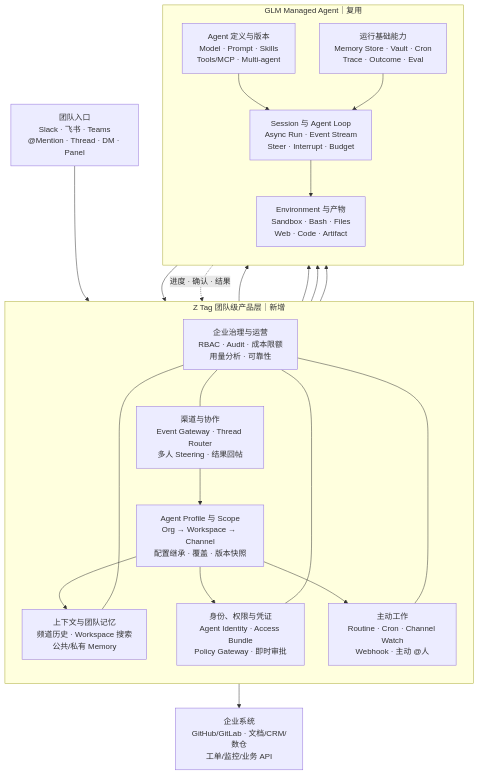
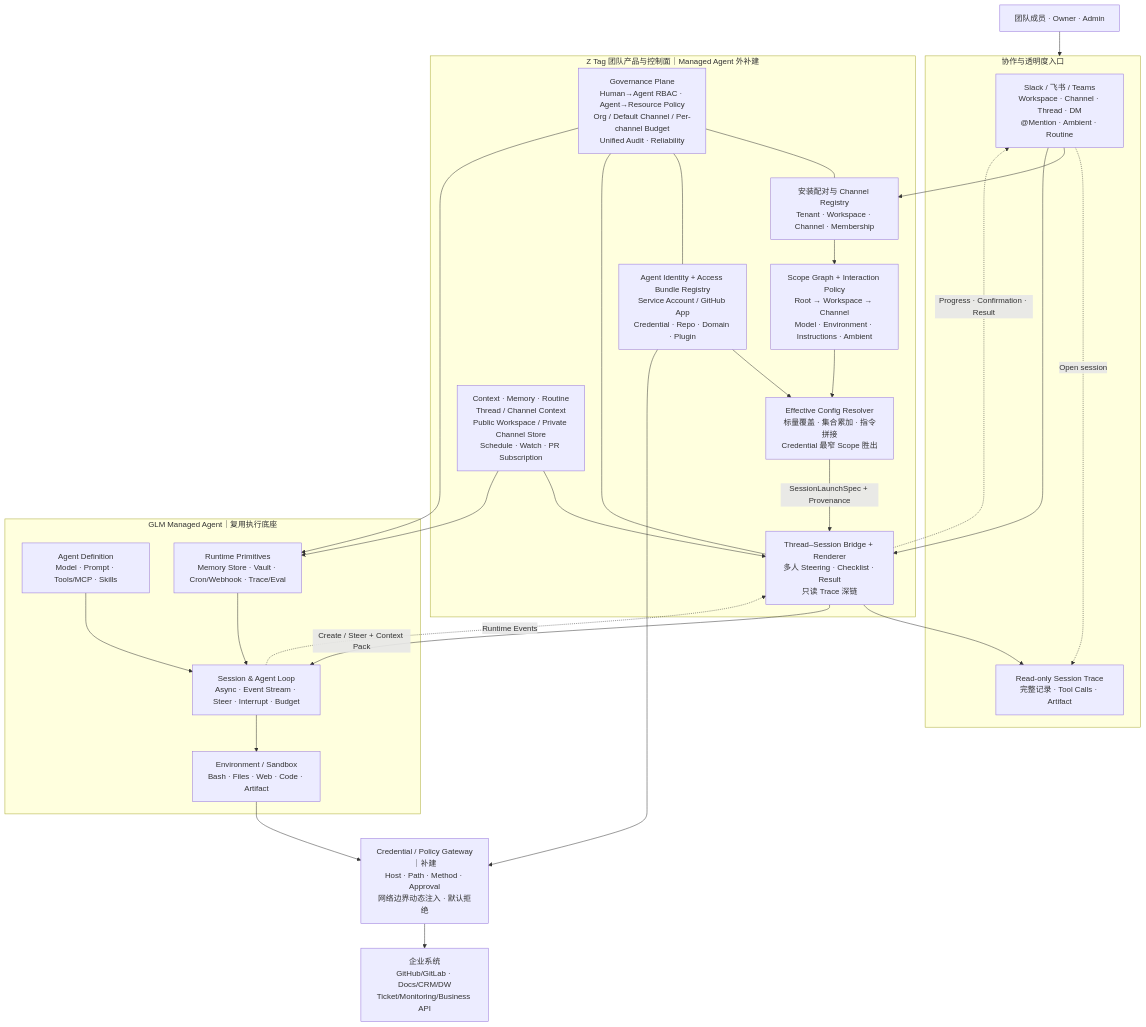
One commit to hongliang-zhang/z-tag-by-managed-agent changed the first of 2 diagrams in docs/glm-z-tag-architecture.md. Above: the diagram before and after it, drawn with Mermaid. The commit also changed other lines of this file, not shown here.

````diff
--- a/docs/glm-z-tag-architecture.md
+++ b/docs/glm-z-tag-architecture.md
@@ -45,42 +76,54 @@
 ```mermaid
 flowchart TB
-    A["团队入口<br/>Slack · 飞书 · Teams<br/>@Mention · Thread · DM · Panel"]
+    U["团队成员 · Owner · Admin"] --> S
 
-    subgraph Z["Z Tag 团队级产品层｜新增"]
-        direction TB
-        Z1["渠道与协作<br/>Event Gateway · Thread Router<br/>多人 Steering · 结果回帖"]
-        Z2["Agent Profile 与 Scope<br/>Org → Workspace → Channel<br/>配置继承 · 覆盖 · 版本快照"]
-        Z3["上下文与团队记忆<br/>频道历史 · Workspace 搜索<br/>公共/私有 Memory"]
-        Z4["身份、权限与凭证<br/>Agent Identity · Access Bundle<br/>Policy Gateway · 即时审批"]
-        Z5["主动工作<br/>Routine · Cron · Channel Watch<br/>Webhook · 主动 @人"]
-        Z6["企业治理与运营<br/>RBAC · Audit · 成本限额<br/>用量分析 · 可靠性"]
+    subgraph S["协作与透明度入口"]
+        C["Slack / 飞书 / Teams<br/>Workspace · Channel · Thread · DM<br/>@Mention · Ambient · Routine"]
+        V["Read-only Session Trace<br/>完整记录 · Tool Calls · Artifact"]
+        C -. "Open session" .-> V
     end
 
-    subgraph M["GLM Managed Agent｜复用"]
-        direction TB
-        M1["Agent 定义与版本<br/>Model · Prompt · Skills<br/>Tools/MCP · Multi-agent"]
-        M2["Session 与 Agent Loop<br/>Async Run · Event Stream<br/>Steer · Interrupt · Budget"]
-        M3["Environment 与产物<br/>Sandbox · Bash · Files<br/>Web · Code · Artifact"]
-        M4["运行基础能力<br/>Memory Store · Vault · Cron<br/>Trace · Outcome · Eval"]
+    subgraph Z["Z Tag 团队产品与控制面｜Managed Agent 外补建"]
+        A["安装配对与 Channel Registry<br/>Tenant · Workspace · Channel · Membership"]
+        B["Scope Graph + Interaction Policy<br/>Root → Workspace → Channel<br/>Model · Environment · Instructions · Ambient"]
+        I["Agent Identity + Access Bundle Registry<br/>Service Account / GitHub App<br/>Credential · Repo · Domain · Plugin"]
+        R["Effective Config Resolver<br/>标量覆盖 · 集合累加 · 指令拼接<br/>Credential 最窄 Scope 胜出"]
+        T["Thread–Session Bridge + Renderer<br/>多人 Steering · Checklist · Result<br/>只读 Trace 深链"]
+        L["Context · Memory · Routine<br/>Thread / Channel Context<br/>Public Workspace / Private Channel Store<br/>Schedule · Watch · PR Subscription"]
+        G["Governance Plane<br/>Human→Agent RBAC · Agent→Resource Policy<br/>Org / Default Channel / Per-channel Budget<br/>Unified Audit · Reliability"]
+
+        A --> B
+        B --> R
+        I --> R
+        R -->|"SessionLaunchSpec + Provenance"| T
+        L --> T
+        G --- A
+        G --- I
+        G --- T
     end
 
-    E["企业系统<br/>GitHub/GitLab · 文档/CRM/数仓<br/>工单/监控/业务 API"]
+    C --> A
+    C --> T
+    T -. "Progress · Confirmation · Result" .-> C
+    T --> V
 
-    A --> Z1
-    Z1 --> Z2
-    Z2 --> Z3
-    Z2 --> Z4
-    Z2 --> Z5
-    Z6 --- Z1
-    Z6 --- Z3
-    Z6 --- Z4
-    Z6 --- Z5
-    Z2 --> M1
-    Z1 --> M2
-    Z3 --> M4
-    Z5 --> M4
-    M1 --> M2 --> M3
-    M4 --> M2
-    M3 --> Z4 --> E
-    M2 -. "进度 · 确认 · 结果" .-> Z1
+    subgraph M["GLM Managed Agent｜复用执行底座"]
+        M1["Agent Definition<br/>Model · Prompt · Tools/MCP · Skills"]
+        M2["Session & Agent Loop<br/>Async · Event Stream · Steer · Interrupt · Budget"]
+        M3["Environment / Sandbox<br/>Bash · Files · Web · Code · Artifact"]
+        M4["Runtime Primitives<br/>Memory Store · Vault · Cron/Webhook · Trace/Eval"]
+        M1 --> M2 --> M3
+        M4 --> M2
+    end
+
+    T -->|"Create / Steer + Context Pack"| M2
+    M2 -. "Runtime Events" .-> T
+    L --> M4
+    G --> M4
+
+    P["Credential / Policy Gateway｜补建<br/>Host · Path · Method · Approval<br/>网络边界动态注入 · 默认拒绝"]
+    X["企业系统<br/>GitHub/GitLab · Docs/CRM/DW<br/>Ticket/Monitoring/Business API"]
+
+    I --> P
+    M3 --> P --> X
 ```
````
